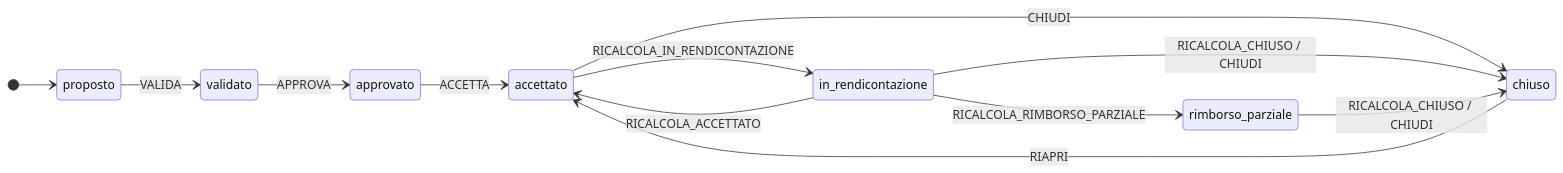
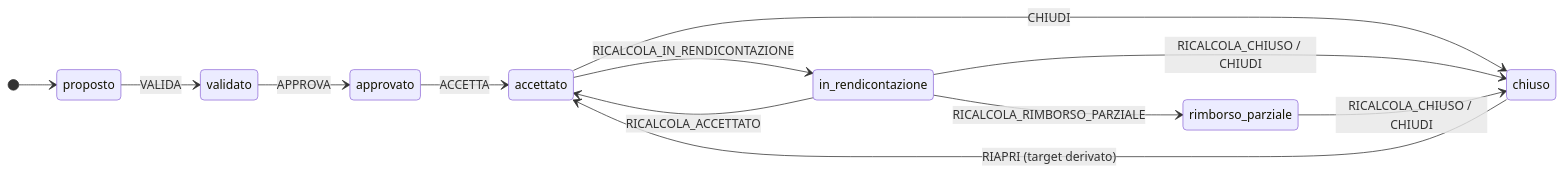
The first of 4 diagrams in docs/flussi-stati.md (prinapo/volontari), drawn with Mermaid before and after one commit. The commit also changed other lines of this file and 10 other files, not shown here.

````diff
--- a/docs/flussi-stati.md
+++ b/docs/flussi-stati.md
@@ -58,19 +58,19 @@
 ```mermaid
 stateDiagram-v2
     direction LR
     [*] --> proposto
     proposto --> validato : VALIDA
     validato --> approvato : APPROVA
     approvato --> accettato : ACCETTA
 
     accettato --> in_rendicontazione : RICALCOLA_IN_RENDICONTAZIONE
     accettato --> chiuso : CHIUDI
 
     in_rendicontazione --> accettato : RICALCOLA_ACCETTATO
     in_rendicontazione --> rimborso_parziale : RICALCOLA_RIMBORSO_PARZIALE
     in_rendicontazione --> chiuso : RICALCOLA_CHIUSO / CHIUDI
 
     rimborso_parziale --> chiuso : RICALCOLA_CHIUSO / CHIUDI
 
-    chiuso --> accettato : RIAPRI
+    chiuso --> accettato : RIAPRI (target derivato)
 ```
````
